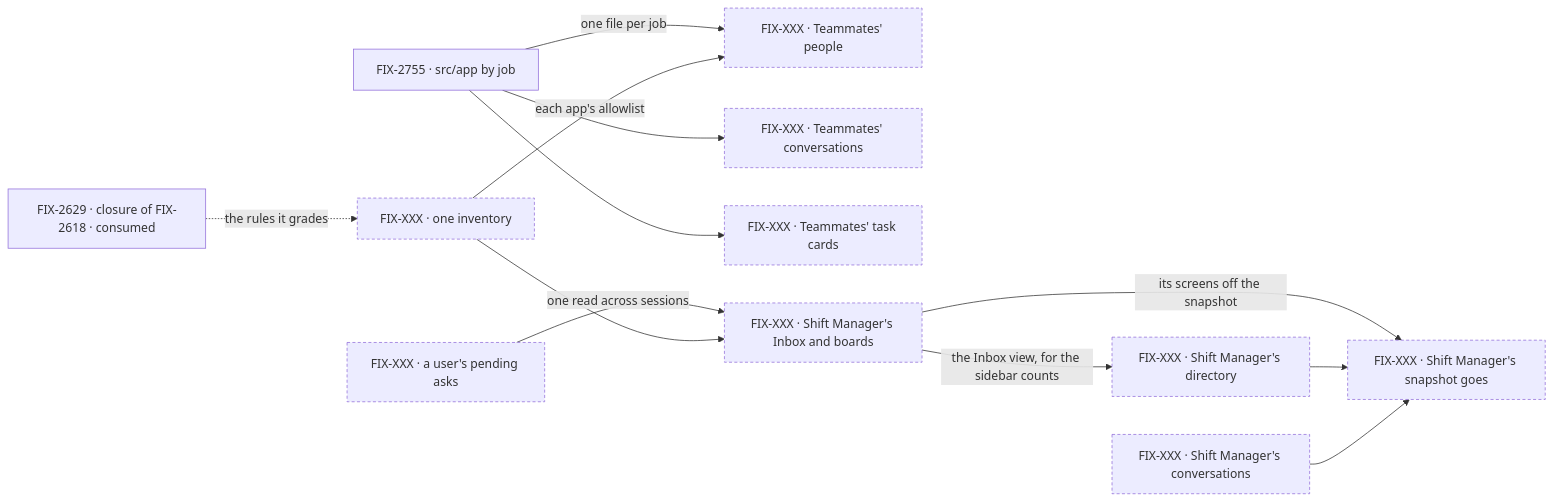
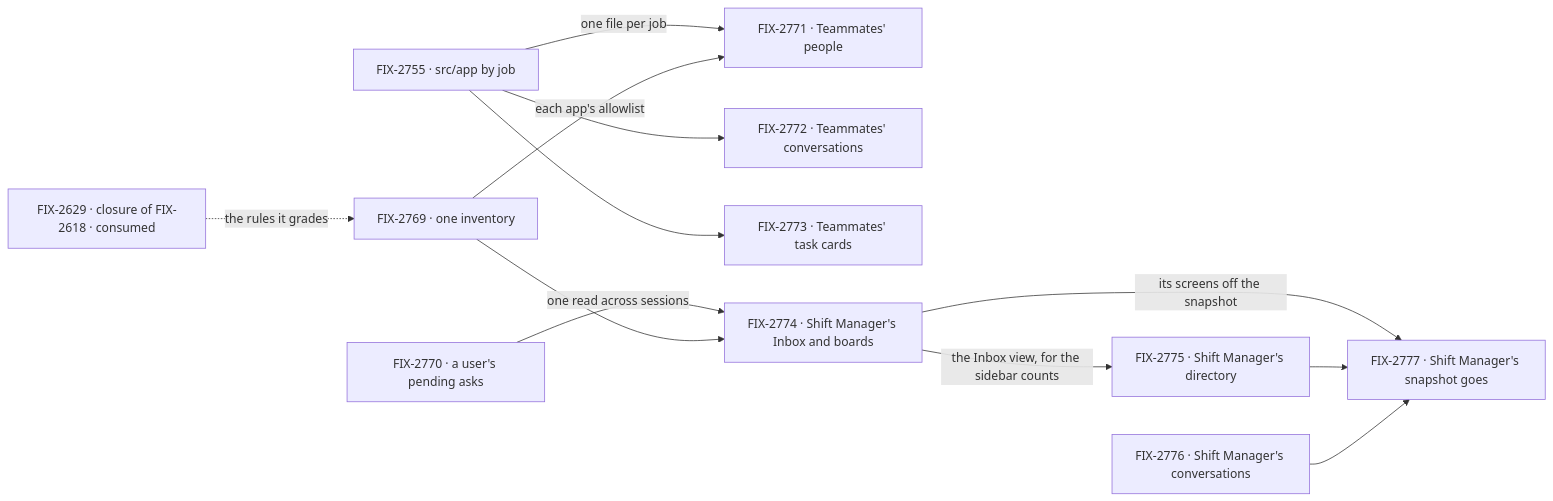
Before and after one commit to fixpoint-labs/flow-state-dev: the second of 2 diagrams in specs/epics/FIX-2683/SPEC.md, drawn with Mermaid. The commit also changed other lines of this file and 1 other file, not shown here.

````diff
--- a/specs/epics/FIX-2683/SPEC.md
+++ b/specs/epics/FIX-2683/SPEC.md
@@ -97,16 +97,14 @@
 ```mermaid
 flowchart LR
-  X["FIX-2629 · closure of FIX-2618 · consumed"] -.->|"the rules it grades"| R["FIX-XXX · one inventory"]
-  L["FIX-2755 · src/app by job"] -->|"one file per job"| T1["FIX-XXX · Teammates' people"]
-  L --> T2["FIX-XXX · Teammates' conversations"]
-  L --> T3["FIX-XXX · Teammates' task cards"]
+  X["FIX-2629 · closure of FIX-2618 · consumed"] -.->|"the rules it grades"| R["FIX-2769 · one inventory"]
+  L["FIX-2755 · src/app by job"] -->|"one file per job"| T1["FIX-2771 · Teammates' people"]
+  L --> T2["FIX-2772 · Teammates' conversations"]
+  L --> T3["FIX-2773 · Teammates' task cards"]
   R -->|"each app's allowlist"| T1
-  A["FIX-XXX · a user's pending asks"] -->|"one read across sessions"| S1["FIX-XXX · Shift Manager's Inbox and boards"]
+  A["FIX-2770 · a user's pending asks"] -->|"one read across sessions"| S1["FIX-2774 · Shift Manager's Inbox and boards"]
   R --> S1
-  S1 -->|"its screens off the snapshot"| S4["FIX-XXX · Shift Manager's snapshot goes"]
+  S1 -->|"its screens off the snapshot"| S4["FIX-2777 · Shift Manager's snapshot goes"]
   S1 -->|"the Inbox view, for the sidebar counts"| S2
-  S2["FIX-XXX · Shift Manager's directory"] --> S4
-  S3["FIX-XXX · Shift Manager's conversations"] --> S4
-  classDef proposed stroke-dasharray:4 3
-  class R,A,T1,T2,T3,S1,S2,S3,S4 proposed
+  S2["FIX-2775 · Shift Manager's directory"] --> S4
+  S3["FIX-2776 · Shift Manager's conversations"] --> S4
 ```
````
